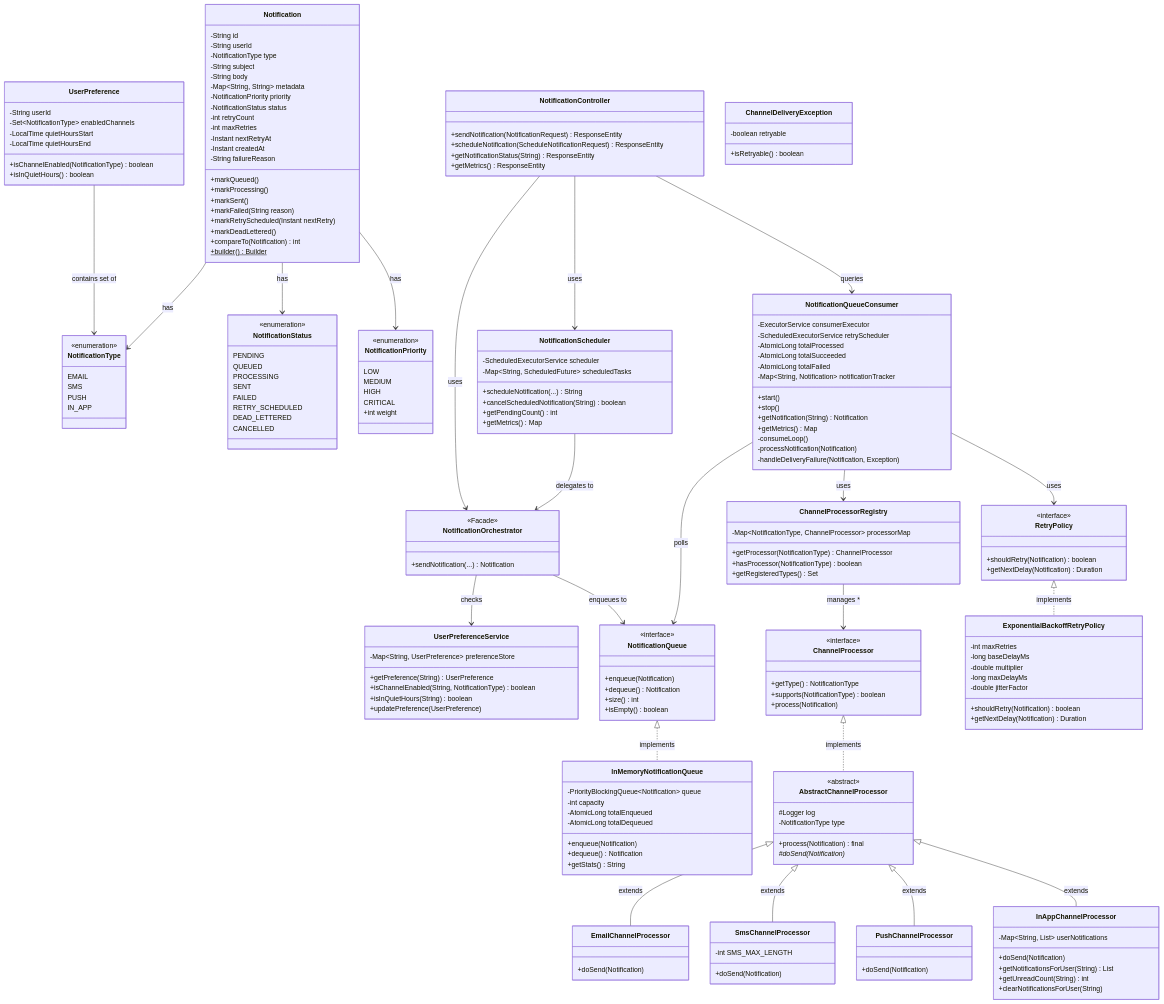
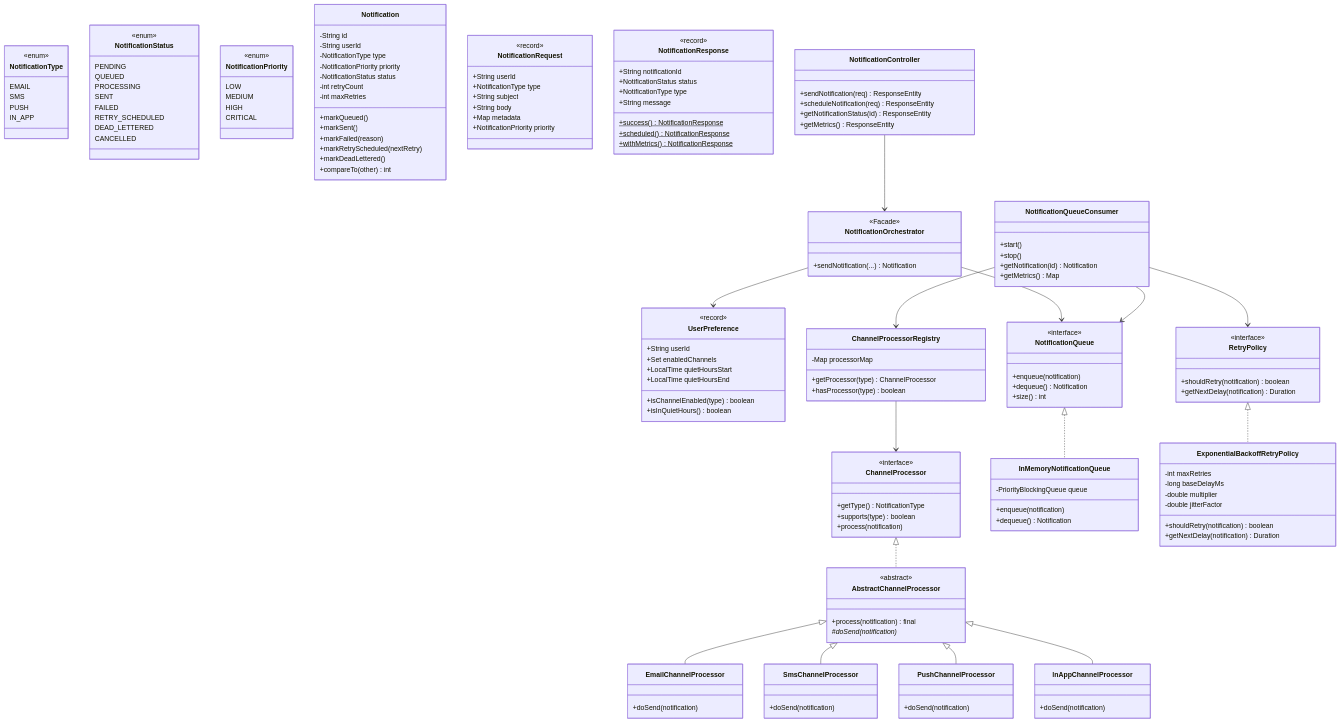
One commit to tapeshchavle/notification-service changed the fourth of 4 diagrams in README.md. Above: the diagram before and after it, drawn with Mermaid. The commit also changed other lines of this file, not shown here.

````diff
--- a/README.md
+++ b/README.md
@@ -296,9 +168,8 @@
 classDiagram
     direction TB
 
-    %% ─── Enums ────────────────────────────────────
     class NotificationType {
-        <<enumeration>>
+        <<enum>>
         EMAIL
         SMS
         PUSH
@@ -306,7 +177,7 @@
     }
 
     class NotificationStatus {
-        <<enumeration>>
+        <<enum>>
         PENDING
         QUEUED
         PROCESSING
@@ -318,206 +189,143 @@
     }
 
     class NotificationPriority {
-        <<enumeration>>
+        <<enum>>
         LOW
         MEDIUM
         HIGH
         CRITICAL
-        +int weight
     }
 
-    %% ─── Domain Models ───────────────────────────
     class Notification {
         -String id
         -String userId
         -NotificationType type
-        -String subject
-        -String body
-        -Map~String, String~ metadata
         -NotificationPriority priority
         -NotificationStatus status
         -int retryCount
         -int maxRetries
-        -Instant nextRetryAt
-        -Instant createdAt
-        -String failureReason
         +markQueued()
-        +markProcessing()
         +markSent()
-        +markFailed(String reason)
-        +markRetryScheduled(Instant nextRetry)
+        +markFailed(reason)
+        +markRetryScheduled(nextRetry)
         +markDeadLettered()
-        +compareTo(Notification) int
-        +builder()$ Builder
+        +compareTo(other) int
+    }
+
+    class NotificationRequest {
+        <<record>>
+        +String userId
+        +NotificationType type
+        +String subject
+        +String body
+        +Map metadata
+        +NotificationPriority priority
+    }
+
+    class NotificationResponse {
+        <<record>>
+        +String notificationId
+        +NotificationStatus status
+        +NotificationType type
+        +String message
+        +success()$ NotificationResponse
+        +scheduled()$ NotificationResponse
+        +withMetrics()$ NotificationResponse
     }
 
     class UserPreference {
-        -String userId
-        -Set~NotificationType~ enabledChannels
-        -LocalTime quietHoursStart
-        -LocalTime quietHoursEnd
-        +isChannelEnabled(NotificationType) boolean
+        <<record>>
+        +String userId
+        +Set enabledChannels
+        +LocalTime quietHoursStart
+        +LocalTime quietHoursEnd
+        +isChannelEnabled(type) boolean
         +isInQuietHours() boolean
     }
 
-    %% ─── Strategy Interface ──────────────────────
     class ChannelProcessor {
         <<interface>>
         +getType() NotificationType
-        +supports(NotificationType) boolean
-        +process(Notification)
+        +supports(type) boolean
+        +process(notification)
     }
 
     class AbstractChannelProcessor {
         <<abstract>>
-        #Logger log
-        -NotificationType type
-        +process(Notification) final
-        #doSend(Notification)*
+        +process(notification) final
+        #doSend(notification)*
     }
 
-    class EmailChannelProcessor {
-        +doSend(Notification)
+    class EmailChannelProcessor { +doSend(notification) }
+    class SmsChannelProcessor { +doSend(notification) }
+    class PushChannelProcessor { +doSend(notification) }
+    class InAppChannelProcessor { +doSend(notification) }
+
+    class ChannelProcessorRegistry {
+        -Map processorMap
+        +getProcessor(type) ChannelProcessor
+        +hasProcessor(type) boolean
     }
 
-    class SmsChannelProcessor {
-        -int SMS_MAX_LENGTH
-        +doSend(Notification)
-    }
-
-    class PushChannelProcessor {
-        +doSend(Notification)
-    }
-
-    class InAppChannelProcessor {
-        -Map~String, List~ userNotifications
-        +doSend(Notification)
-        +getNotificationsForUser(String) List
-        +getUnreadCount(String) int
-        +clearNotificationsForUser(String)
-    }
-
-    %% ─── Registry ────────────────────────────────
-    class ChannelProcessorRegistry {
-        -Map~NotificationType, ChannelProcessor~ processorMap
-        +getProcessor(NotificationType) ChannelProcessor
-        +hasProcessor(NotificationType) boolean
-        +getRegisteredTypes() Set
-    }
-
-    %% ─── Queue ───────────────────────────────────
     class NotificationQueue {
         <<interface>>
-        +enqueue(Notification)
+        +enqueue(notification)
         +dequeue() Notification
         +size() int
-        +isEmpty() boolean
     }
 
     class InMemoryNotificationQueue {
-        -PriorityBlockingQueue~Notification~ queue
-        -int capacity
-        -AtomicLong totalEnqueued
-        -AtomicLong totalDequeued
-        +enqueue(Notification)
+        -PriorityBlockingQueue queue
+        +enqueue(notification)
         +dequeue() Notification
-        +getStats() String
     }
 
-    class NotificationQueueConsumer {
-        -ExecutorService consumerExecutor
-        -ScheduledExecutorService retryScheduler
-        -AtomicLong totalProcessed
-        -AtomicLong totalSucceeded
-        -AtomicLong totalFailed
-        -Map~String, Notification~ notificationTracker
-        +start()
-        +stop()
-        +getNotification(String) Notification
-        +getMetrics() Map
-        -consumeLoop()
-        -processNotification(Notification)
-        -handleDeliveryFailure(Notification, Exception)
-    }
-
-    %% ─── Retry ───────────────────────────────────
     class RetryPolicy {
         <<interface>>
-        +shouldRetry(Notification) boolean
-        +getNextDelay(Notification) Duration
+        +shouldRetry(notification) boolean
+        +getNextDelay(notification) Duration
     }
 
     class ExponentialBackoffRetryPolicy {
         -int maxRetries
         -long baseDelayMs
         -double multiplier
-        -long maxDelayMs
         -double jitterFactor
-        +shouldRetry(Notification) boolean
-        +getNextDelay(Notification) Duration
+        +shouldRetry(notification) boolean
+        +getNextDelay(notification) Duration
     }
 
-    %% ─── Services ────────────────────────────────
+    class NotificationQueueConsumer {
+        +start()
+        +stop()
+        +getNotification(id) Notification
+        +getMetrics() Map
+    }
+
     class NotificationOrchestrator {
         <<Facade>>
         +sendNotification(...) Notification
     }
 
-    class UserPreferenceService {
-        -Map~String, UserPreference~ preferenceStore
-        +getPreference(String) UserPreference
-        +isChannelEnabled(String, NotificationType) boolean
-        +isInQuietHours(String) boolean
-        +updatePreference(UserPreference)
-    }
-
-    class NotificationScheduler {
-        -ScheduledExecutorService scheduler
-        -Map~String, ScheduledFuture~ scheduledTasks
-        +scheduleNotification(...) String
-        +cancelScheduledNotification(String) boolean
-        +getPendingCount() int
-        +getMetrics() Map
-    }
-
-    %% ─── API Layer ───────────────────────────────
     class NotificationController {
-        +sendNotification(NotificationRequest) ResponseEntity
-        +scheduleNotification(ScheduleNotificationRequest) ResponseEntity
-        +getNotificationStatus(String) ResponseEntity
+        +sendNotification(req) ResponseEntity
+        +scheduleNotification(req) ResponseEntity
+        +getNotificationStatus(id) ResponseEntity
         +getMetrics() ResponseEntity
     }
 
-    class ChannelDeliveryException {
-        -boolean retryable
-        +isRetryable() boolean
-    }
-
-    %% ─── Relationships ──────────────────────────
-    ChannelProcessor <|.. AbstractChannelProcessor : implements
-    AbstractChannelProcessor <|-- EmailChannelProcessor : extends
-    AbstractChannelProcessor <|-- SmsChannelProcessor : extends
-    AbstractChannelProcessor <|-- PushChannelProcessor : extends
-    AbstractChannelProcessor <|-- InAppChannelProcessor : extends
-
-    NotificationQueue <|.. InMemoryNotificationQueue : implements
-    RetryPolicy <|.. ExponentialBackoffRetryPolicy : implements
-
-    Notification --> NotificationType : has
-    Notification --> NotificationStatus : has
-    Notification --> NotificationPriority : has
-    UserPreference --> NotificationType : contains set of
-
-    ChannelProcessorRegistry --> ChannelProcessor : manages *
-    NotificationQueueConsumer --> NotificationQueue : polls
-    NotificationQueueConsumer --> ChannelProcessorRegistry : uses
-    NotificationQueueConsumer --> RetryPolicy : uses
-
-    NotificationOrchestrator --> UserPreferenceService : checks
-    NotificationOrchestrator --> NotificationQueue : enqueues to
-    NotificationScheduler --> NotificationOrchestrator : delegates to
-
-    NotificationController --> NotificationOrchestrator : uses
-    NotificationController --> NotificationScheduler : uses
-    NotificationController --> NotificationQueueConsumer : queries
+    ChannelProcessor <|.. AbstractChannelProcessor
+    AbstractChannelProcessor <|-- EmailChannelProcessor
+    AbstractChannelProcessor <|-- SmsChannelProcessor
+    AbstractChannelProcessor <|-- PushChannelProcessor
+    AbstractChannelProcessor <|-- InAppChannelProcessor
+    NotificationQueue <|.. InMemoryNotificationQueue
+    RetryPolicy <|.. ExponentialBackoffRetryPolicy
+    ChannelProcessorRegistry --> ChannelProcessor
+    NotificationQueueConsumer --> NotificationQueue
+    NotificationQueueConsumer --> ChannelProcessorRegistry
+    NotificationQueueConsumer --> RetryPolicy
+    NotificationOrchestrator --> NotificationQueue
+    NotificationOrchestrator --> UserPreference
+    NotificationController --> NotificationOrchestrator
 ```
````
